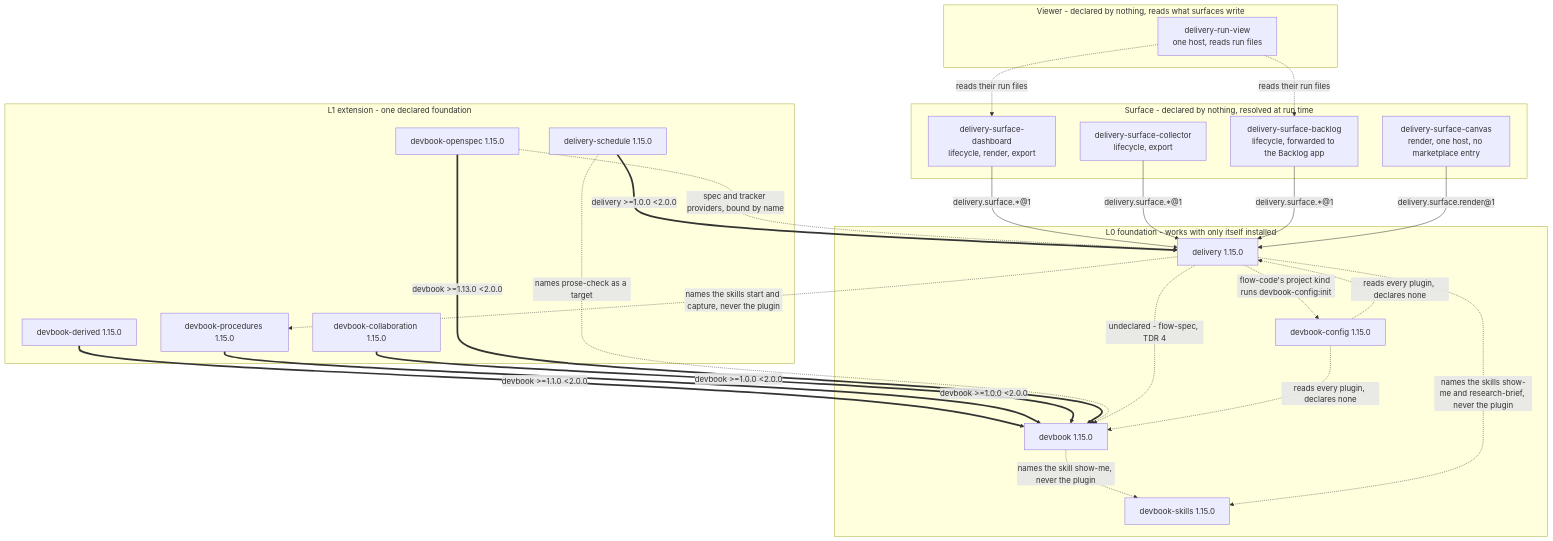
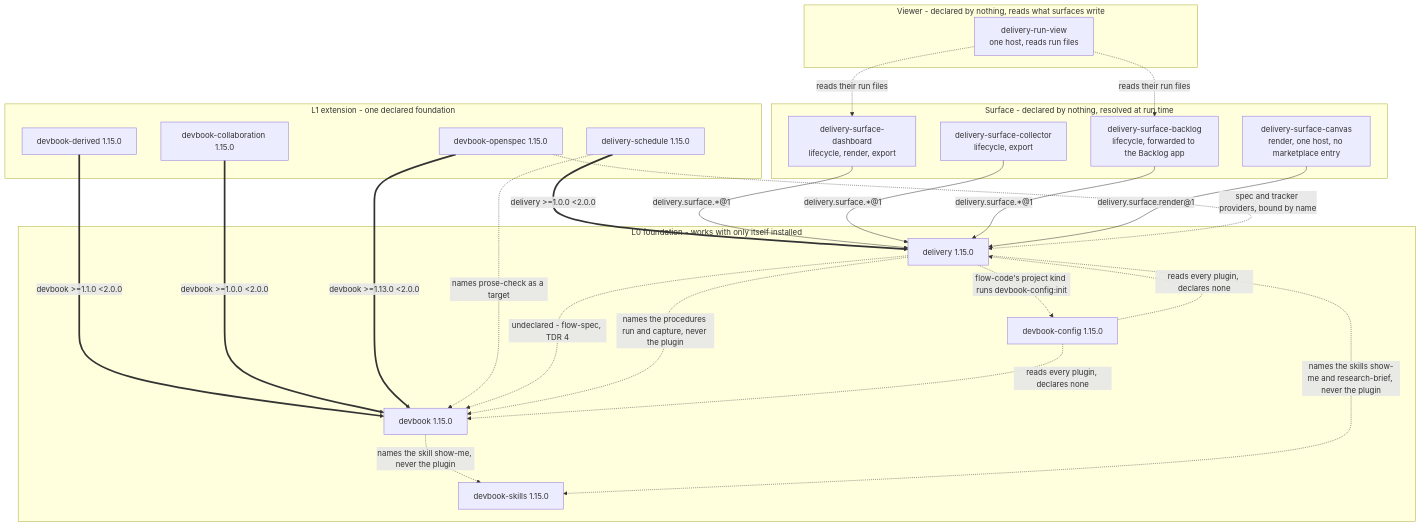
Before and after one commit to JSdotNet/ai-agent-stack: the first of 3 diagrams in .devbook/arc42/05-building-block-view.md, drawn with Mermaid. The commit also changed other lines of this file and 66 other files, not shown here.

First line of the commit message:
devbook: fold devbook-procedures into devbook (contract 27)

````diff
--- a/.devbook/arc42/05-building-block-view.md
+++ b/.devbook/arc42/05-building-block-view.md
@@ -29,51 +29,49 @@
 ```mermaid
 flowchart TB
     subgraph L0["L0 foundation - works with only itself installed"]
         DEV["devbook 1.15.0"]
         DEL["delivery 1.15.0"]
         CFG["devbook-config 1.15.0"]
         SKL["devbook-skills 1.15.0"]
     end
 
     subgraph L1["L1 extension - one declared foundation"]
         DBD["devbook-derived 1.15.0"]
-        DPR["devbook-procedures 1.15.0"]
         DBC["devbook-collaboration 1.15.0"]
         DOS["devbook-openspec 1.15.0"]
         SCH["delivery-schedule 1.15.0"]
     end
 
     subgraph SURF["Surface - declared by nothing, resolved at run time"]
         SD["delivery-surface-dashboard<br/>lifecycle, render, export"]
         SL["delivery-surface-collector<br/>lifecycle, export"]
         SB["delivery-surface-backlog<br/>lifecycle, forwarded to the Backlog app"]
         SC["delivery-surface-canvas<br/>render, one host, no marketplace entry"]
     end
 
     subgraph VIEW["Viewer - declared by nothing, reads what surfaces write"]
         RV["delivery-run-view<br/>one host, reads run files"]
     end
 
     DBD ==>|"devbook >=1.1.0 &lt;2.0.0"| DEV
-    DPR ==>|"devbook >=1.0.0 &lt;2.0.0"| DEV
     DBC ==>|"devbook >=1.0.0 &lt;2.0.0"| DEV
     DOS ==>|"devbook >=1.13.0 &lt;2.0.0"| DEV
     SCH ==>|"delivery >=1.0.0 &lt;2.0.0"| DEL
 
     SD -->|"delivery.surface.*@1"| DEL
     SL -->|"delivery.surface.*@1"| DEL
     SB -->|"delivery.surface.*@1"| DEL
     SC -->|"delivery.surface.render@1"| DEL
     RV -.->|"reads their run files"| SD
     RV -.->|"reads their run files"| SB
 
     SCH -.->|"names prose-check as a target"| DEV
     DEL -.->|"undeclared - flow-spec, TDR 4"| DEV
-    DEL -.->|"names the skills start and capture, never the plugin"| DPR
+    DEL -.->|"names the procedures run and capture, never the plugin"| DEV
     CFG -.->|"reads every plugin, declares none"| DEV
     CFG -.->|"reads every plugin, declares none"| DEL
     DEL -.->|"flow-code's project kind runs devbook-config:init"| CFG
     DOS -.->|"spec and tracker providers, bound by name"| DEL
     DEV -.->|"names the skill show-me, never the plugin"| SKL
     DEL -.->|"names the skills show-me and research-brief, never the plugin"| SKL
 ```
````
